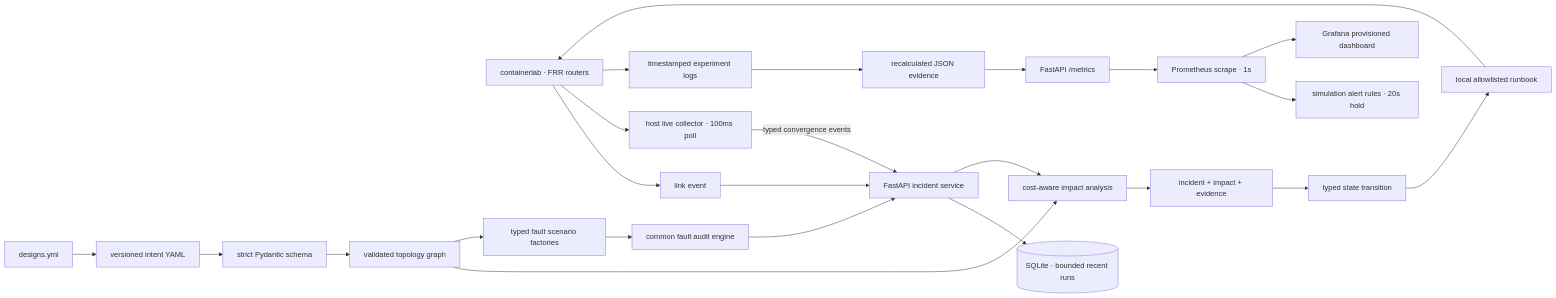
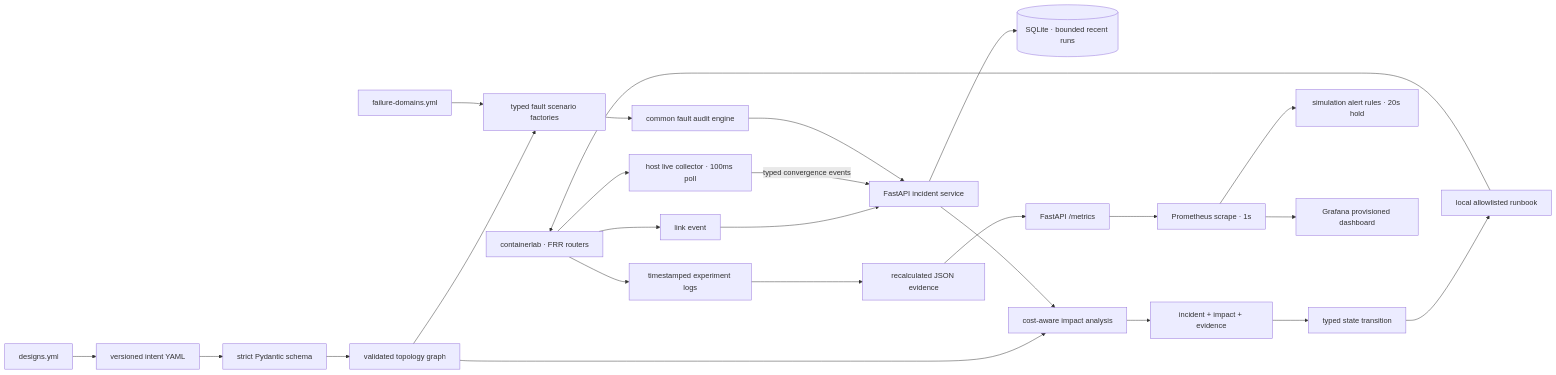
One commit to teriyakki-jin/telconet-sentinel changed the first of 2 diagrams in docs/ARCHITECTURE.md. Above: the diagram before and after it, drawn with Mermaid. The commit also changed other lines of this file and 22 other files, not shown here.

Commit message:
Model shared-risk failure domains (#25)

````diff
--- a/docs/ARCHITECTURE.md
+++ b/docs/ARCHITECTURE.md
@@ -7,26 +7,27 @@
 ```mermaid
 flowchart LR
     CLAB["containerlab · FRR routers"] --> EVENT["link event"]
     EVENT --> API["FastAPI incident service"]
     CLAB --> COLLECTOR["host live collector · 100ms poll"]
     COLLECTOR -->|"typed convergence events"| API
     API --> STORE[("SQLite · bounded recent runs")]
     CATALOG["designs.yml"] --> INTENT["versioned intent YAML"]
     INTENT --> SCHEMA["strict Pydantic schema"]
     SCHEMA --> GRAPH["validated topology graph"]
     GRAPH --> IMPACT["cost-aware impact analysis"]
     GRAPH --> FACTORY["typed fault scenario factories"]
+    DOMAINS["failure-domains.yml"] --> FACTORY
     FACTORY --> N1["common fault audit engine"]
     N1 --> API
     API --> IMPACT
     IMPACT --> INCIDENT["incident + impact + evidence"]
     INCIDENT --> APPROVAL["typed state transition"]
     APPROVAL --> RUNBOOK["local allowlisted runbook"]
     RUNBOOK --> CLAB
     CLAB --> RAW["timestamped experiment logs"]
     RAW --> EVIDENCE["recalculated JSON evidence"]
     EVIDENCE --> METRICS["FastAPI /metrics"]
     METRICS --> PROM["Prometheus scrape · 1s"]
     PROM --> RULES["simulation alert rules · 20s hold"]
     PROM --> GRAFANA["Grafana provisioned dashboard"]
 ```
````
